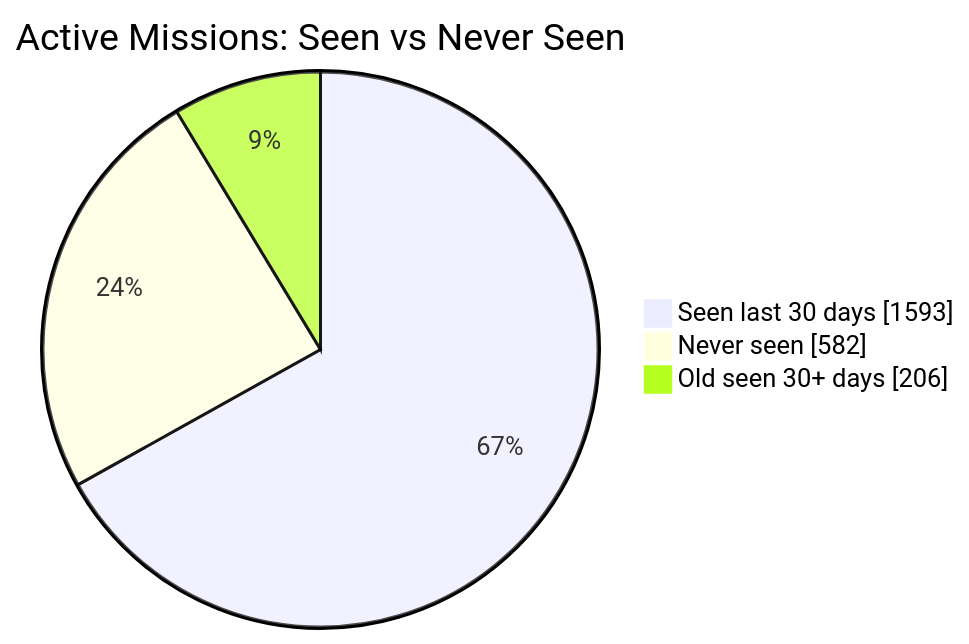
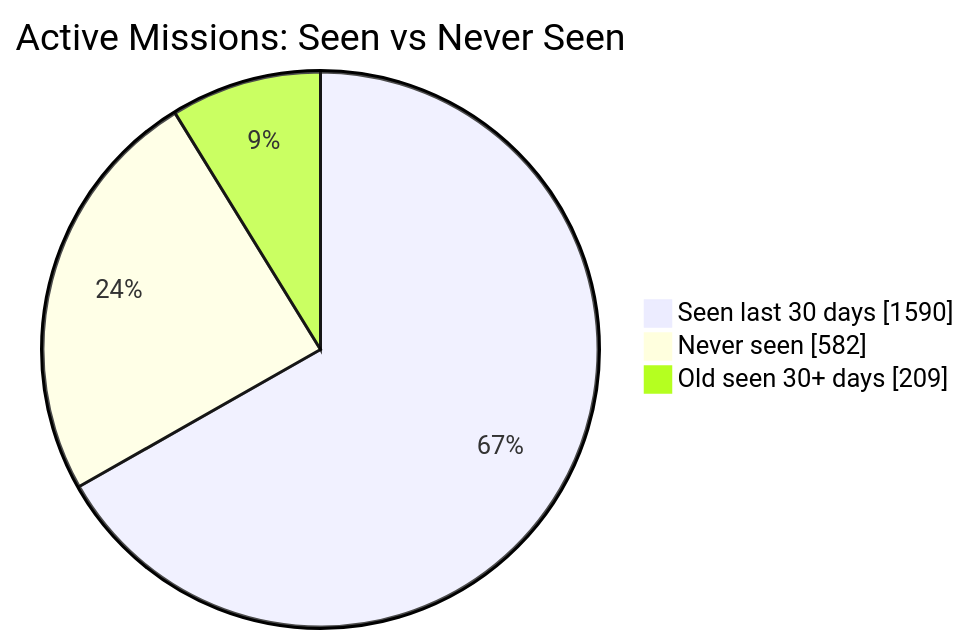
One commit to MeldkamerspelGameTeam/active-missions changed the first of 2 diagrams in README.md. Above: the diagram before and after it, drawn with Mermaid. The commit also changed other lines of this file and 3 other files, not shown here.

````diff
--- a/README.md
+++ b/README.md
@@ -34,7 +34,7 @@
 ```mermaid
 pie showData
     title Active Missions: Seen vs Never Seen
-    "Seen last 30 days" : 1593
+    "Seen last 30 days" : 1590
     "Never seen" : 582
-    "Old seen 30+ days" : 206
+    "Old seen 30+ days" : 209
 ```
````
